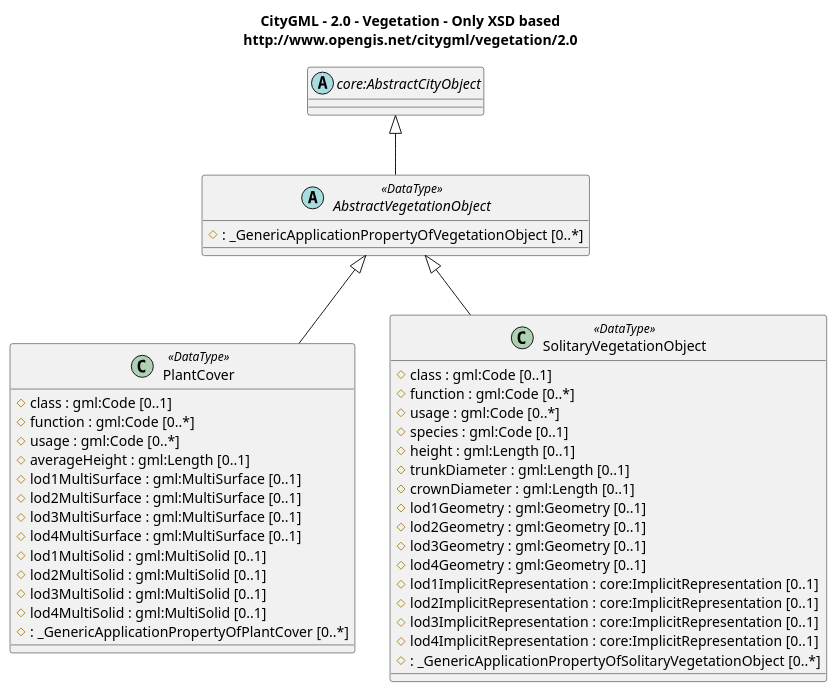
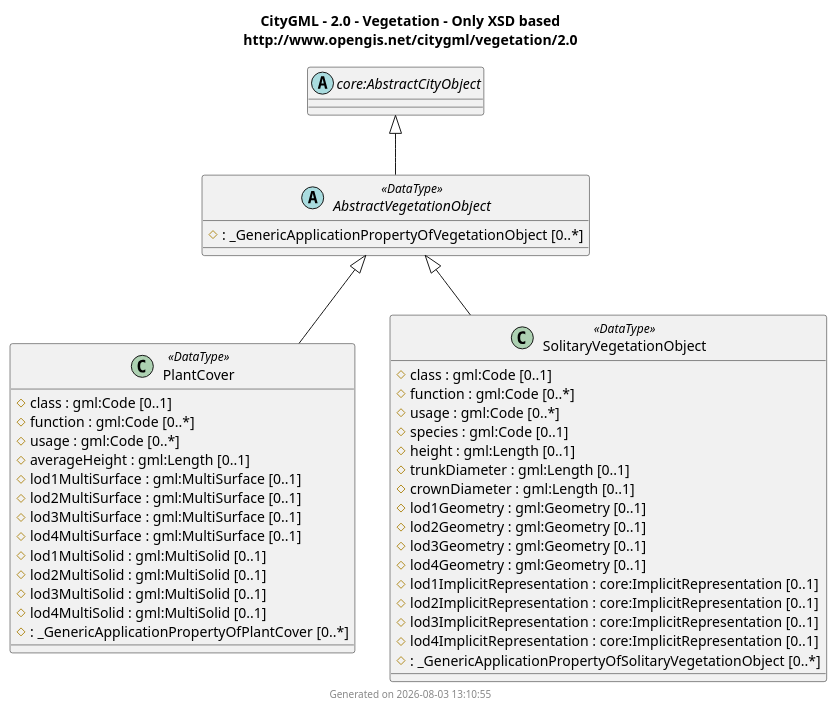
Before and after one commit to muratkendir/every-class: the diagram in docs/output/CityGML/2.0/UMLClassDiagram/vegetation.puml, drawn with PlantUML. The commit also changed 187 other files, not shown here.

First line of the commit message:
Add GML diagrams, timestamp footers, and mkdocs_puml website

```diff
--- a/docs/output/CityGML/2.0/UMLClassDiagram/vegetation.puml
+++ b/docs/output/CityGML/2.0/UMLClassDiagram/vegetation.puml
@@ -1,56 +1,57 @@
 @startuml
 title
   CityGML - 2.0 - Vegetation - Only XSD based
   http://www.opengis.net/citygml/vegetation/2.0
 end title
 
 abstract class "AbstractVegetationObject" <<DataType>> {
   #  : _GenericApplicationPropertyOfVegetationObject [0..*]
 }
 class "PlantCover" <<DataType>> {
   # class : gml:Code [0..1]
   # function : gml:Code [0..*]
   # usage : gml:Code [0..*]
   # averageHeight : gml:Length [0..1]
   # lod1MultiSurface : gml:MultiSurface [0..1]
   # lod2MultiSurface : gml:MultiSurface [0..1]
   # lod3MultiSurface : gml:MultiSurface [0..1]
   # lod4MultiSurface : gml:MultiSurface [0..1]
   # lod1MultiSolid : gml:MultiSolid [0..1]
   # lod2MultiSolid : gml:MultiSolid [0..1]
   # lod3MultiSolid : gml:MultiSolid [0..1]
   # lod4MultiSolid : gml:MultiSolid [0..1]
   #  : _GenericApplicationPropertyOfPlantCover [0..*]
 }
 class "SolitaryVegetationObject" <<DataType>> {
   # class : gml:Code [0..1]
   # function : gml:Code [0..*]
   # usage : gml:Code [0..*]
   # species : gml:Code [0..1]
   # height : gml:Length [0..1]
   # trunkDiameter : gml:Length [0..1]
   # crownDiameter : gml:Length [0..1]
   # lod1Geometry : gml:Geometry [0..1]
   # lod2Geometry : gml:Geometry [0..1]
   # lod3Geometry : gml:Geometry [0..1]
   # lod4Geometry : gml:Geometry [0..1]
   # lod1ImplicitRepresentation : core:ImplicitRepresentation [0..1]
   # lod2ImplicitRepresentation : core:ImplicitRepresentation [0..1]
   # lod3ImplicitRepresentation : core:ImplicitRepresentation [0..1]
   # lod4ImplicitRepresentation : core:ImplicitRepresentation [0..1]
   #  : _GenericApplicationPropertyOfSolitaryVegetationObject [0..*]
 }
 
 ' External types (unresolved namespaces)
 abstract class "core:AbstractCityObject"
 
 "core:AbstractCityObject" <|-- "AbstractVegetationObject"
 "AbstractVegetationObject" <|-- "PlantCover"
 "AbstractVegetationObject" <|-- "SolitaryVegetationObject"
 
 ' Attributes with value types from other namespaces are marked as
 ' protected members (# ) and shown by default; uncomment the next
 ' line to hide them.
 ' hide protected members
 
+footer Generated on 2026-08-03 13:10:55
 @enduml
```
